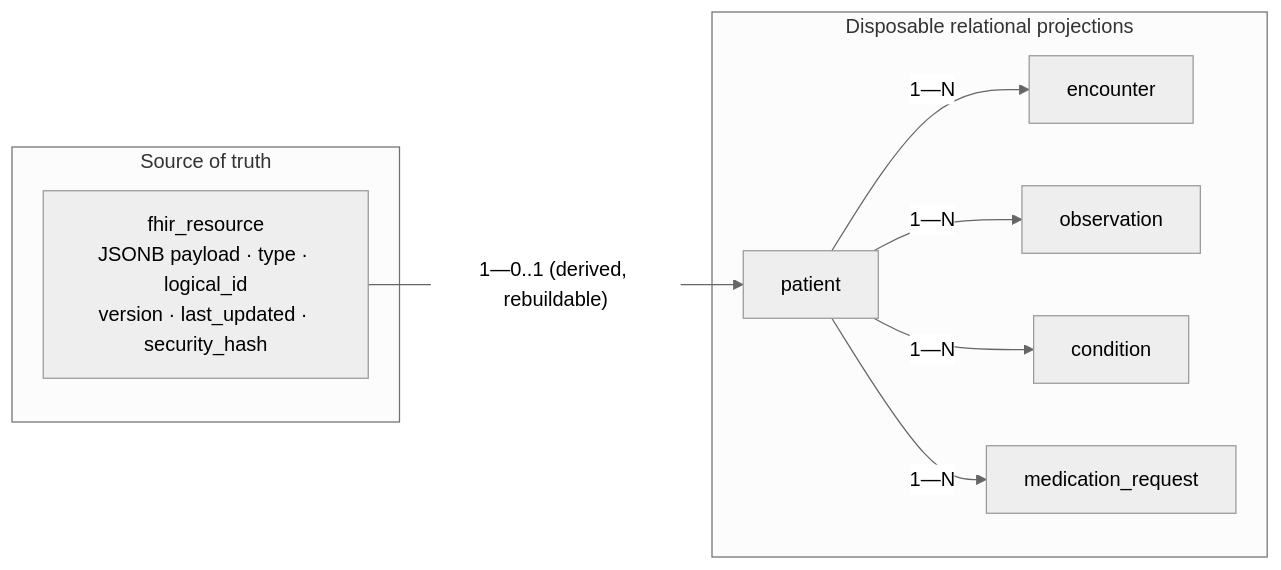
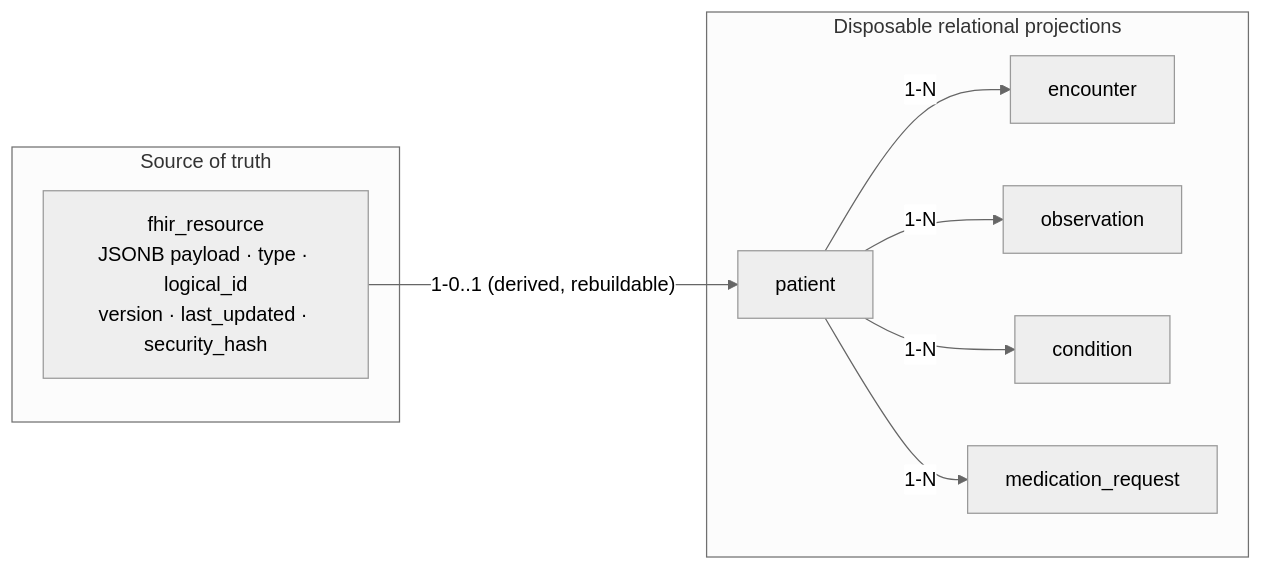
One commit to EmmaExcel/Clerkstone---FHIR-Clinical-Record-Data-Quality-Platform changed the second of 5 diagrams in docs/architecture.md. Above: the diagram before and after it, drawn with Mermaid (neutral theme). The commit also changed other lines of this file and 15 other files, not shown here.

````diff
--- a/docs/architecture.md
+++ b/docs/architecture.md
@@ -94,20 +94,20 @@
 ```mermaid
 flowchart LR
     subgraph SourceOfTruth["Source of truth"]
         R["fhir_resource<br/>JSONB payload · type · logical_id<br/>version · last_updated · security_hash"]
     end
 
     subgraph Projections["Disposable relational projections"]
         P["patient"]
         E["encounter"]
         O["observation"]
         C["condition"]
         M["medication_request"]
     end
 
-    R -->|"1—0..1 (derived, rebuildable)"| P
-    P -->|"1—N"| E
-    P -->|"1—N"| O
-    P -->|"1—N"| C
-    P -->|"1—N"| M
+    R -->|"1-0..1 (derived, rebuildable)"| P
+    P -->|"1-N"| E
+    P -->|"1-N"| O
+    P -->|"1-N"| C
+    P -->|"1-N"| M
 ```
````
